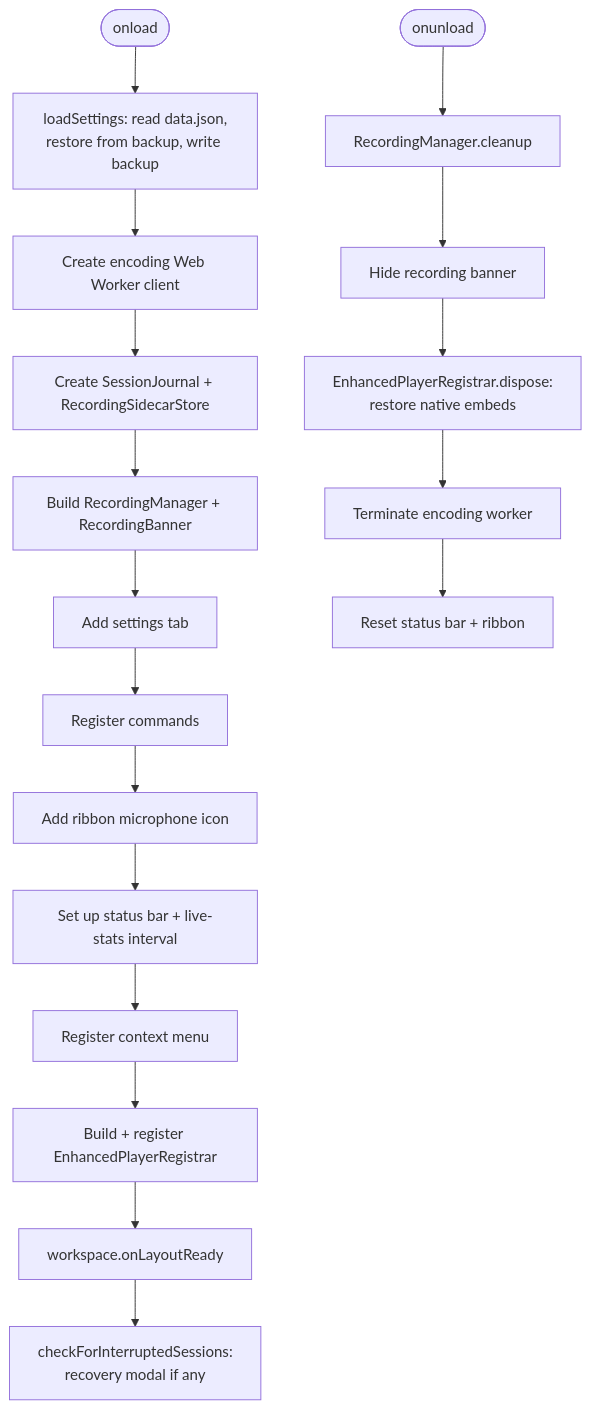
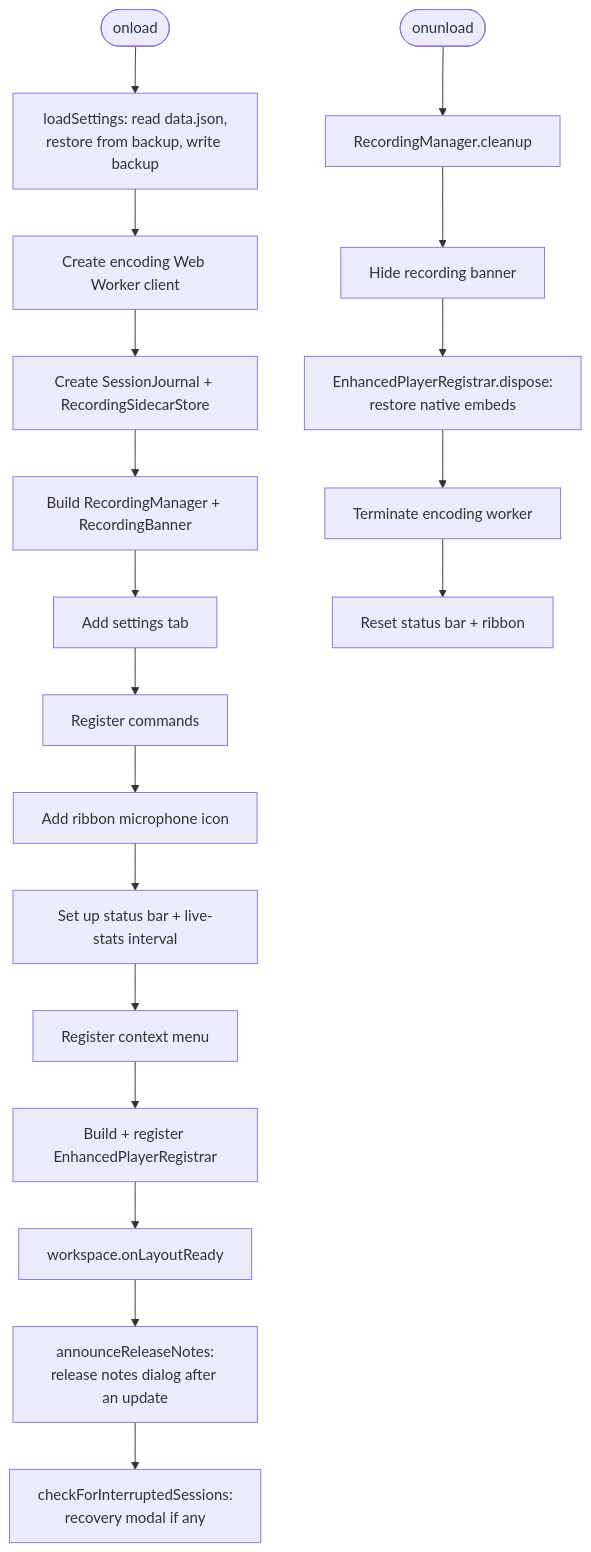
The second of 7 diagrams in docs/architecture.md (akhmialeuski/advanced-audio-recorder), drawn with Mermaid before and after one commit. The commit also changed other lines of this file and 2 other files, not shown here.

First line of the commit message:
chore(release): refuse a release the plugin cannot announce

````diff
--- a/docs/architecture.md
+++ b/docs/architecture.md
@@ -124,21 +124,22 @@
 ```mermaid
 flowchart TD
     START([onload]) --> LS[loadSettings: read data.json,<br/>restore from backup, write backup]
     LS --> EW[Create encoding Web Worker client]
     EW --> JR[Create SessionJournal + RecordingSidecarStore]
     JR --> MGR[Build RecordingManager + RecordingBanner]
     MGR --> TAB[Add settings tab]
     TAB --> CMDS[Register commands]
     CMDS --> RIB[Add ribbon microphone icon]
     RIB --> SBAR[Set up status bar + live-stats interval]
     SBAR --> CTX[Register context menu]
     CTX --> PLR[Build + register EnhancedPlayerRegistrar]
     PLR --> READY[workspace.onLayoutReady]
-    READY --> RECCHK[checkForInterruptedSessions:<br/>recovery modal if any]
+    READY --> NOTES[announceReleaseNotes:<br/>release notes dialog after an update]
+    NOTES --> RECCHK[checkForInterruptedSessions:<br/>recovery modal if any]
 
     UNLOAD([onunload]) --> C1[RecordingManager.cleanup]
     C1 --> C2[Hide recording banner]
     C2 --> C3[EnhancedPlayerRegistrar.dispose:<br/>restore native embeds]
     C3 --> C4[Terminate encoding worker]
     C4 --> C5[Reset status bar + ribbon]
 ```
````
